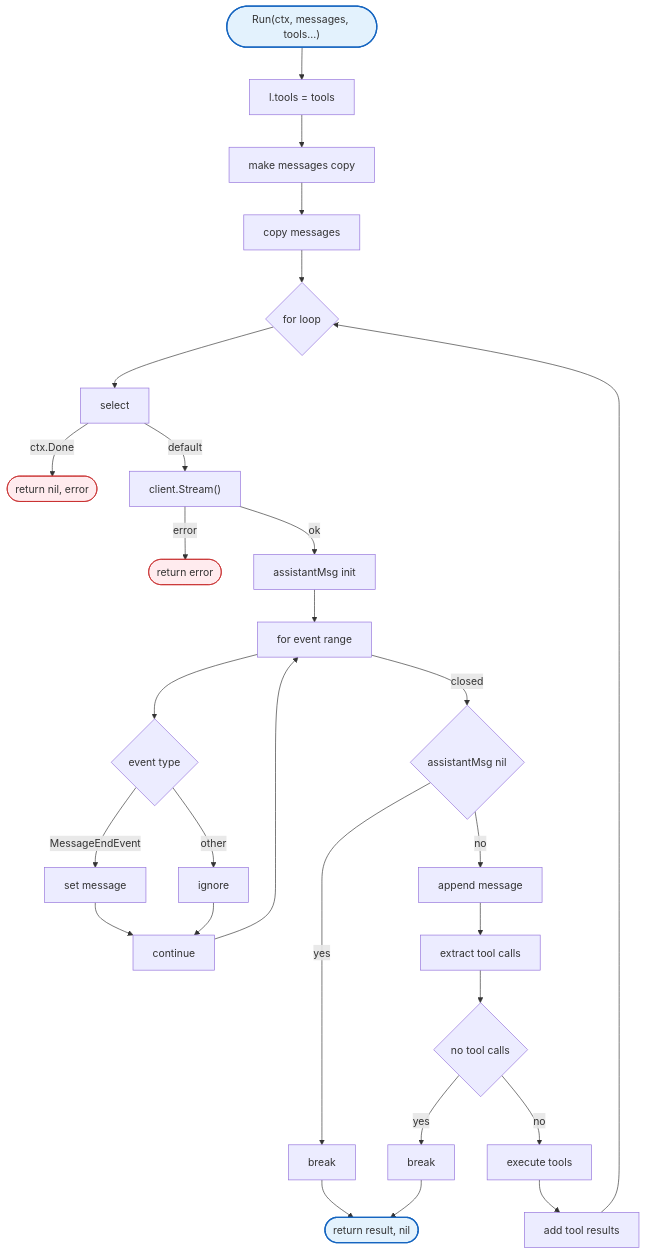
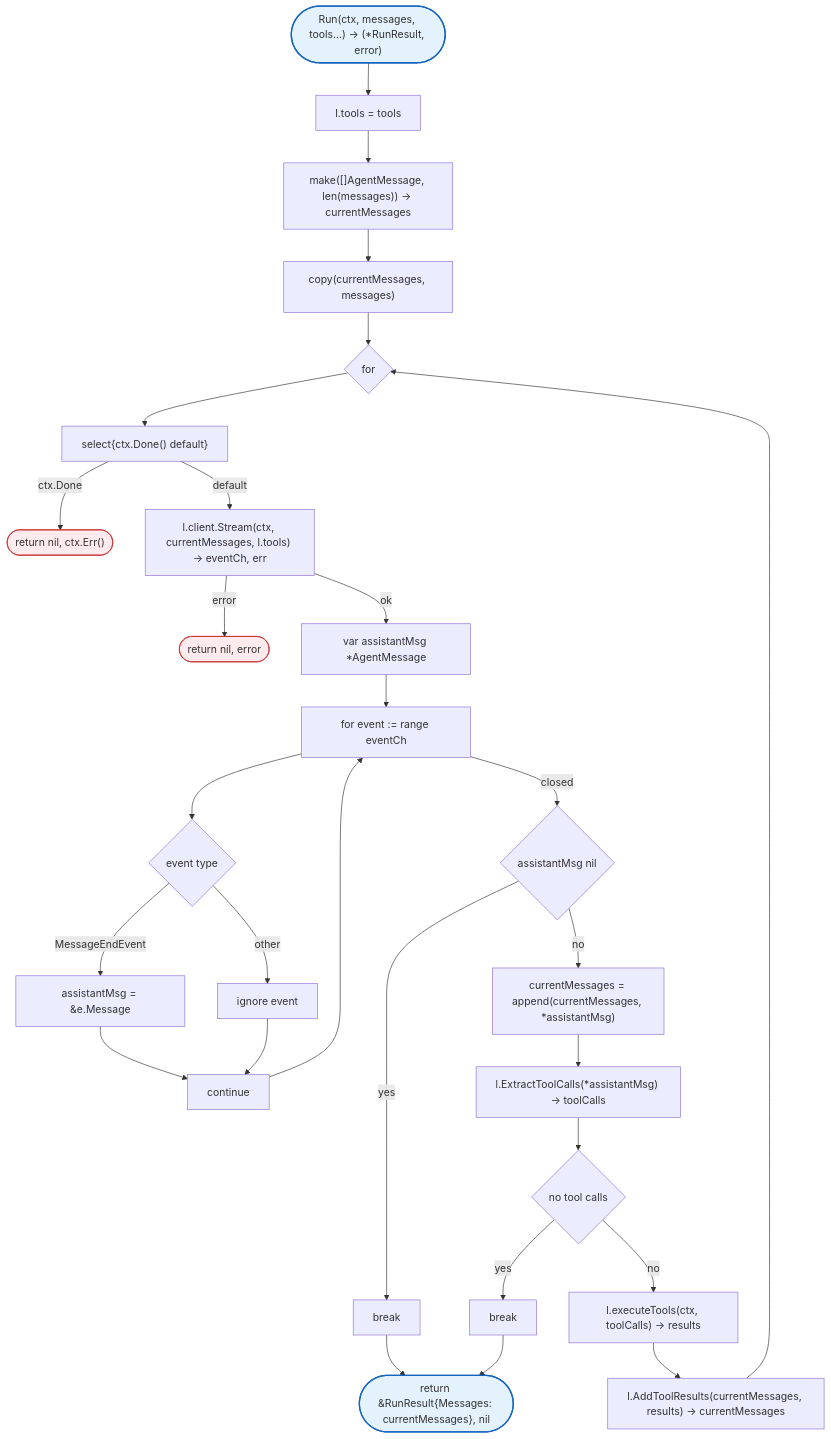
Before and after one commit to radch-ai/ava: the second of 4 diagrams in docs/internal/agent/loop.md, drawn with Mermaid. The commit also changed other lines of this file and 23 other files, not shown here.

First line of the commit message:
docs: replace Functions sections with separate flowcharts for each function

````diff
--- a/docs/internal/agent/loop.md
+++ b/docs/internal/agent/loop.md
@@ -7,36 +18,38 @@
 ```mermaid
 flowchart TB
-    Start(["Run(ctx, messages, tools...)"]) --> SetTools["l.tools = tools"]
-    SetTools --> CopyMsgs["make messages copy"]
-    CopyMsgs --> Copy["copy messages"]
-    Copy --> LoopStart{for loop}
-    LoopStart --> SelectCtx["select"]
-    SelectCtx -->|ctx.Done| ReturnCtxErr(["return nil, error"])
-    SelectCtx -->|default| StreamCh["client.Stream()"]
-    StreamCh -->|error| ReturnStreamErr(["return error"])
-    StreamCh -->|ok| InitAssistant["assistantMsg init"]
-    InitAssistant --> ForEvents["for event range"]
-    ForEvents --> CheckEvent{event type}
-    CheckEvent -->|MessageEndEvent| SetAssistant["set message"]
-    CheckEvent -->|other| Ignore["ignore"]
-    SetAssistant --> MoreEvents["continue"]
-    Ignore --> MoreEvents
-    MoreEvents --> ForEvents
-    ForEvents -->|closed| CheckNilMsg{assistantMsg nil}
-    CheckNilMsg -->|yes| BreakLoop["break"]
-    CheckNilMsg -->|no| AppendMsg["append message"]
-    AppendMsg --> ExtractCalls["extract tool calls"]
+    Start(["Run(ctx, messages, tools...) → (*RunResult, error)"]) --> SetTools["l.tools = tools"]
+    SetTools --> CopyMsgs["make([]AgentMessage, len(messages)) → currentMessages"]
+    CopyMsgs --> CopyMsgsData["copy(currentMessages, messages)"]
+    CopyMsgsData --> LoopStart{for}
+    LoopStart --> CheckCtx["select{ctx.Done() default}"]
+    CheckCtx -->|ctx.Done| ErrCtx(["return nil, ctx.Err()"])
+    CheckCtx -->|default| StreamCh["l.client.Stream(ctx, currentMessages, l.tools) → eventCh, err"]
+    StreamCh -->|error| ErrStream(["return nil, error"])
+    StreamCh -->|ok| InitAssistant["var assistantMsg *AgentMessage"]
+    InitAssistant --> ForEvents["for event := range eventCh"]
+    ForEvents --> SwitchEvent{event type}
+    SwitchEvent -->|MessageEndEvent| SetAssistant["assistantMsg = &e.Message"]
+    SwitchEvent -->|other| IgnoreEvent["ignore event"]
+    SetAssistant --> LoopEvents
+    IgnoreEvent --> LoopEvents["continue"]
+    LoopEvents --> ForEvents
+    ForEvents -->|closed| CheckNil{assistantMsg nil}
+    CheckNil -->|yes| BreakLoop["break"]
+    CheckNil -->|no| AppendMsg["currentMessages = append(currentMessages, *assistantMsg)"]
+    AppendMsg --> ExtractCalls["l.ExtractToolCalls(*assistantMsg) → toolCalls"]
     ExtractCalls --> CheckCalls{no tool calls}
     CheckCalls -->|yes| BreakLoop2["break"]
-    CheckCalls -->|no| ExecuteTools["execute tools"]
-    ExecuteTools --> AddResults["add tool results"]
+    CheckCalls -->|no| ExecuteTools["l.executeTools(ctx, toolCalls) → results"]
+    ExecuteTools --> AddResults["l.AddToolResults(currentMessages, results) → currentMessages"]
     AddResults --> LoopStart
-    BreakLoop --> ReturnResult(["return result, nil"])
-    BreakLoop2 --> ReturnResult
+    BreakLoop --> Return(["return &RunResult{Messages: currentMessages}, nil"])
+    BreakLoop2 --> Return
 
     classDef mainFn fill:#e3f2fd,stroke:#1565c0,stroke-width:2px
+    classDef internalFn fill:#f3e5f5,stroke:#6a1b9a,stroke-width:2px,stroke-dasharray:6 3
     classDef errorFlow fill:#ffebee,stroke:#c62828,stroke-width:1px
 
-    class Start,ReturnCtxErr,ReturnStreamErr,ReturnResult mainFn
-    class ReturnCtxErr,ReturnStreamErr errorFlow
+    class Start,Return mainFn
+    class ExtractCalls,AddResults localPkgs
+    class ErrCtx,ErrStream errorFlow
 ```
````
